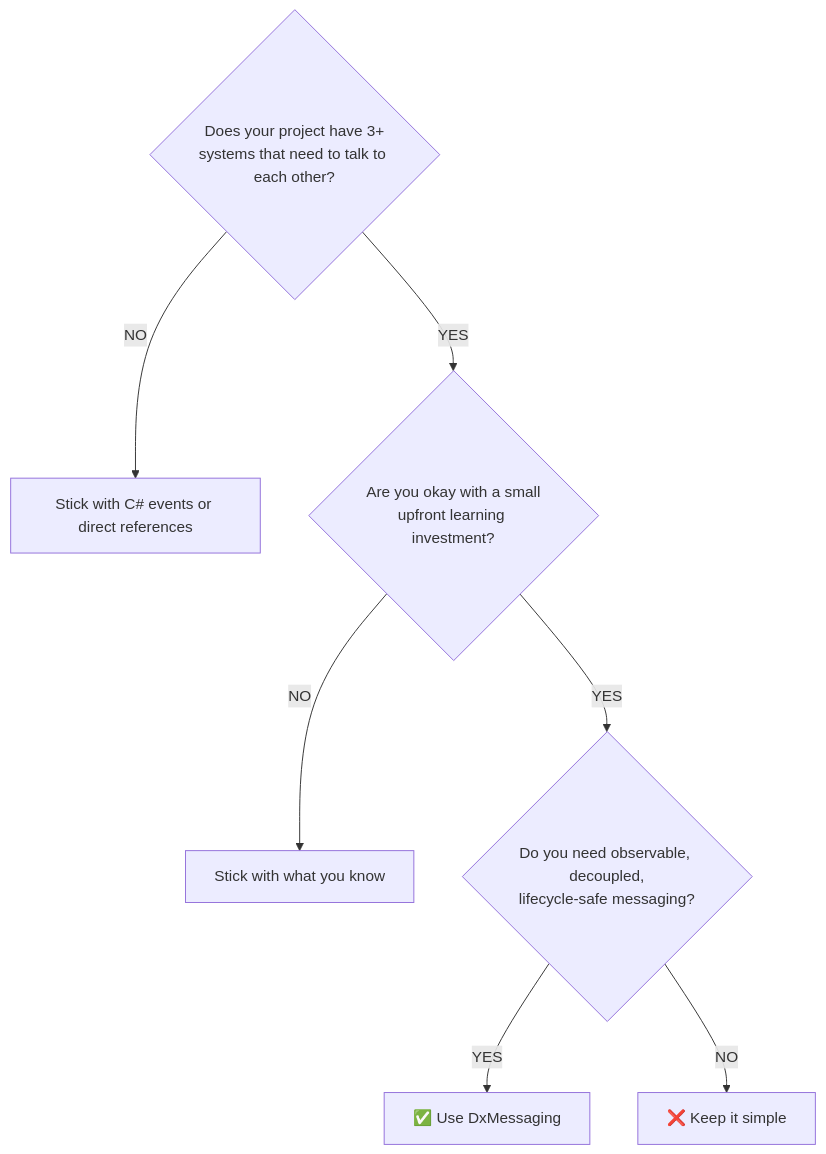
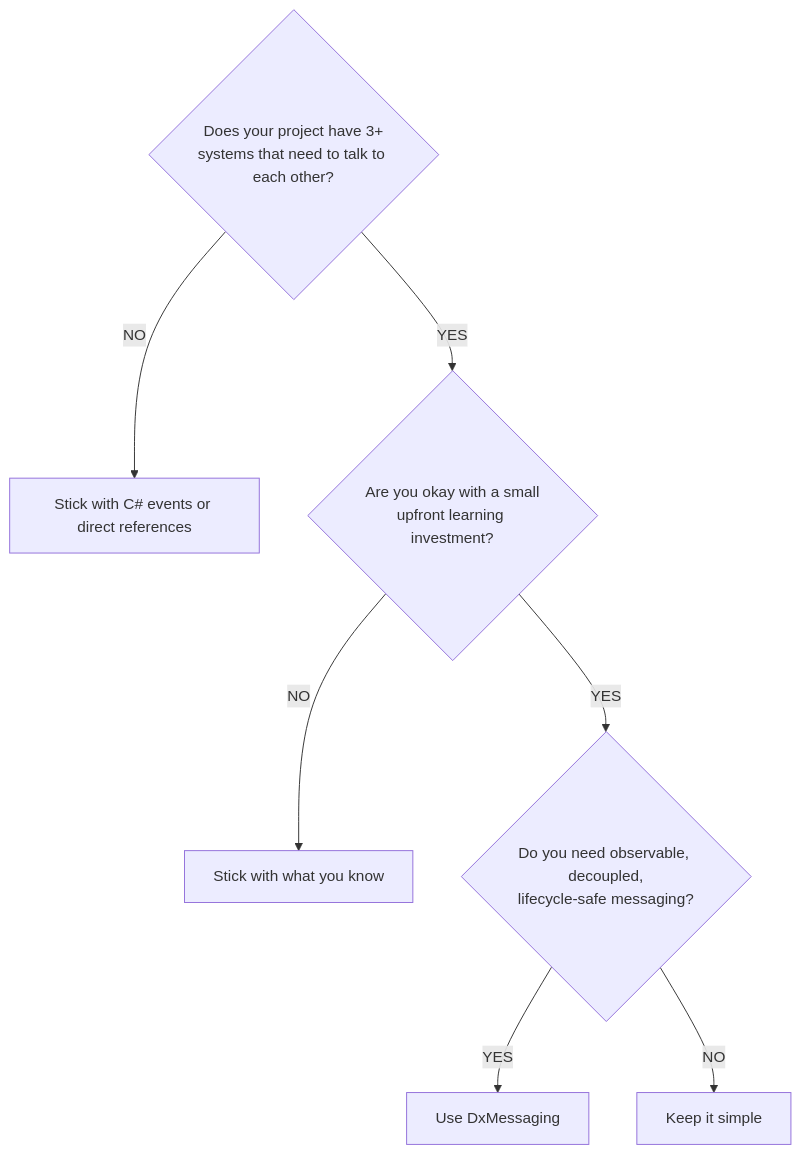
The fifth of 6 diagrams in README.md (wallstop/DxMessaging), drawn with Mermaid before and after one commit. The commit also changed other lines of this file and 177 other files, not shown here.

````diff
--- a/README.md
+++ b/README.md
@@ -324,14 +324,14 @@
 ```mermaid
 flowchart TD
     Q1{Does your project have 3+<br/>systems that need to talk to each other?}
     Q1 -->|NO| A1[Stick with C# events or direct references]
     Q1 -->|YES| Q2
 
     Q2{Are you okay with a small<br/>upfront learning investment?}
     Q2 -->|NO| A2[Stick with what you know]
     Q2 -->|YES| Q3
 
     Q3{Do you need observable, decoupled,<br/>lifecycle-safe messaging?}
-    Q3 -->|YES| A3["✅ Use DxMessaging"]
-    Q3 -->|NO| A4["❌ Keep it simple"]
+    Q3 -->|YES| A3[" Use DxMessaging"]
+    Q3 -->|NO| A4[" Keep it simple"]
 ```
````
